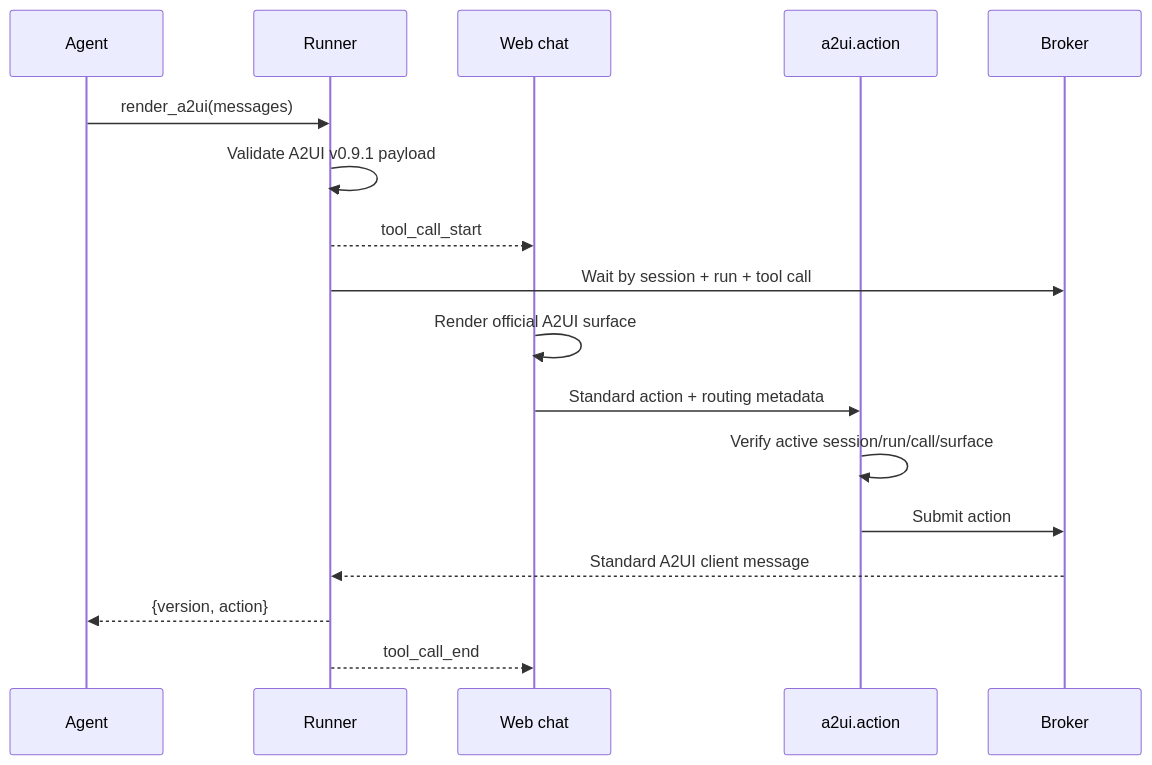
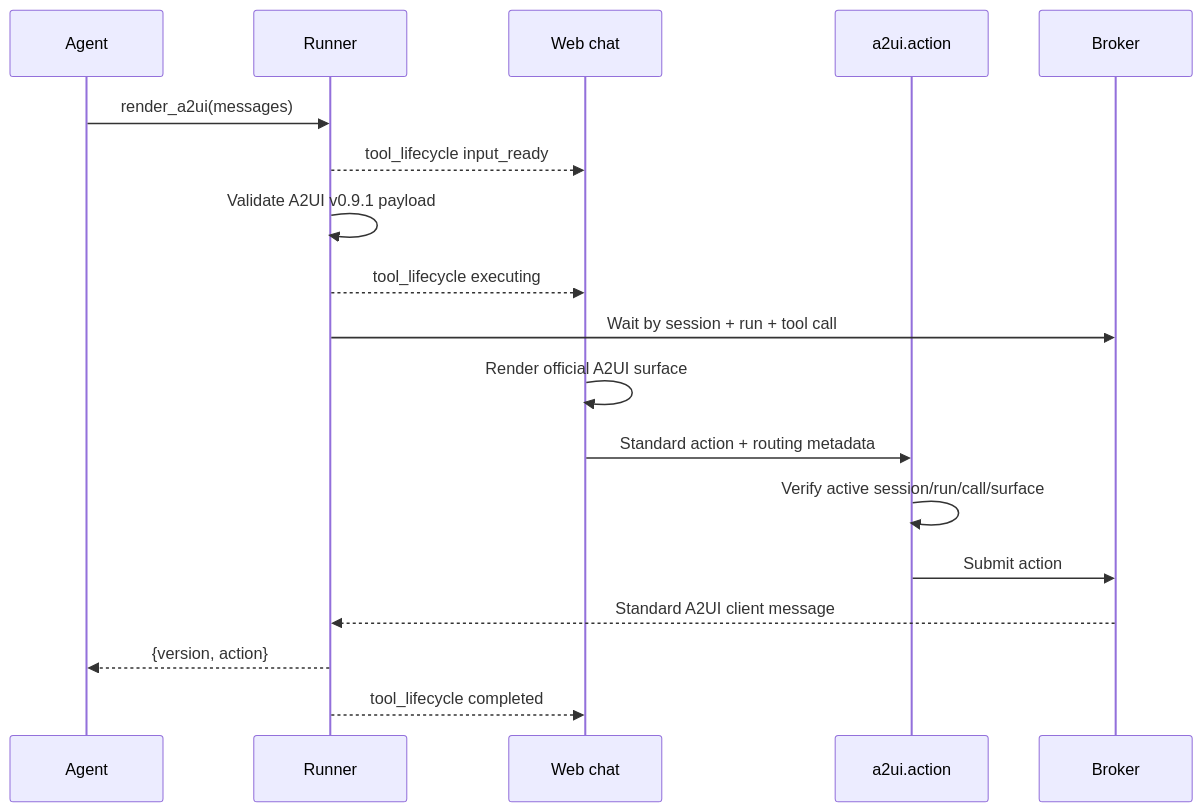
One commit to agentics-skills/chelix changed the diagram in docs/src/a2ui.md. Above: the diagram before and after it, drawn with Mermaid. The commit also changed other lines of this file and 65 other files, not shown here.

````diff
--- a/docs/src/a2ui.md
+++ b/docs/src/a2ui.md
@@ -58,20 +58,21 @@
 ```mermaid
 sequenceDiagram
     participant Agent
     participant Runner
     participant Chat as Web chat
     participant RPC as a2ui.action
     participant Broker
 
     Agent->>Runner: render_a2ui(messages)
+    Runner-->>Chat: tool_lifecycle input_ready
     Runner->>Runner: Validate A2UI v0.9.1 payload
-    Runner-->>Chat: tool_call_start
+    Runner-->>Chat: tool_lifecycle executing
     Runner->>Broker: Wait by session + run + tool call
     Chat->>Chat: Render official A2UI surface
     Chat->>RPC: Standard action + routing metadata
     RPC->>RPC: Verify active session/run/call/surface
     RPC->>Broker: Submit action
     Broker-->>Runner: Standard A2UI client message
     Runner-->>Agent: {version, action}
-    Runner-->>Chat: tool_call_end
+    Runner-->>Chat: tool_lifecycle completed
 ```
````
